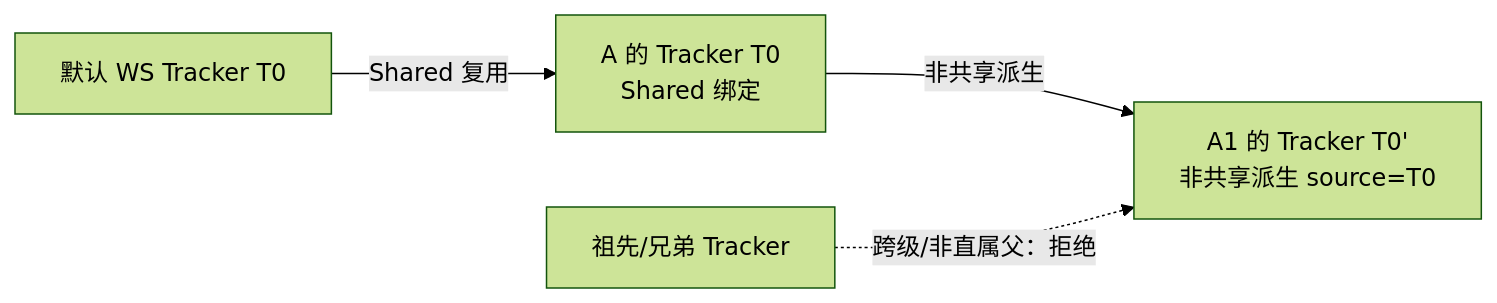
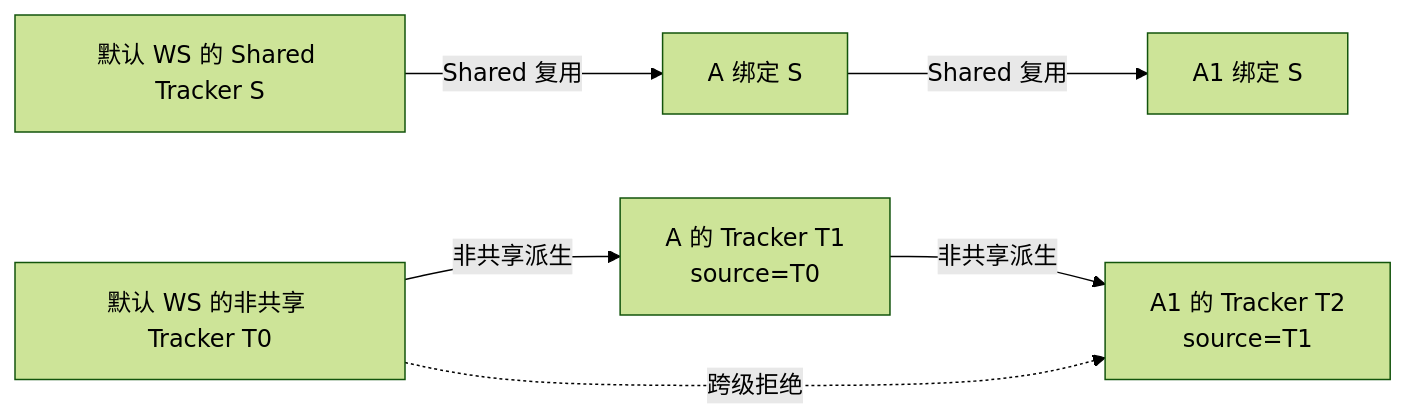
The second of 4 diagrams in docs/working-set/diagrams/working-set-lineage.md (Greytrack/ddd-workingset), drawn with Mermaid (forest theme) before and after one commit. The commit also changed other lines of this file and 6 other files, not shown here.

````diff
--- a/docs/working-set/diagrams/working-set-lineage.md
+++ b/docs/working-set/diagrams/working-set-lineage.md
@@ -28,9 +28,14 @@
 ```mermaid
 flowchart LR
-    T0["默认 WS Tracker T0"]
-    TA["A 的 Tracker T0<br/>Shared 绑定"]
-    TA1["A1 的 Tracker T0'<br/>非共享派生 source=T0"]
-    T0 -->|"Shared 复用"| TA
+    S0["默认 WS 的 Shared Tracker S"]
+    SA["A 绑定 S"]
+    SA1["A1 绑定 S"]
+    S0 -->|"Shared 复用"| SA
+    SA -->|"Shared 复用"| SA1
+    T0["默认 WS 的非共享 Tracker T0"]
+    TA["A 的 Tracker T1<br/>source=T0"]
+    TA1["A1 的 Tracker T2<br/>source=T1"]
+    T0 -->|"非共享派生"| TA
     TA -->|"非共享派生"| TA1
-    X["祖先/兄弟 Tracker"] -. "跨级/非直属父：拒绝" .-> TA1
+    T0 -. "跨级拒绝" .-> TA1
 ```
````
